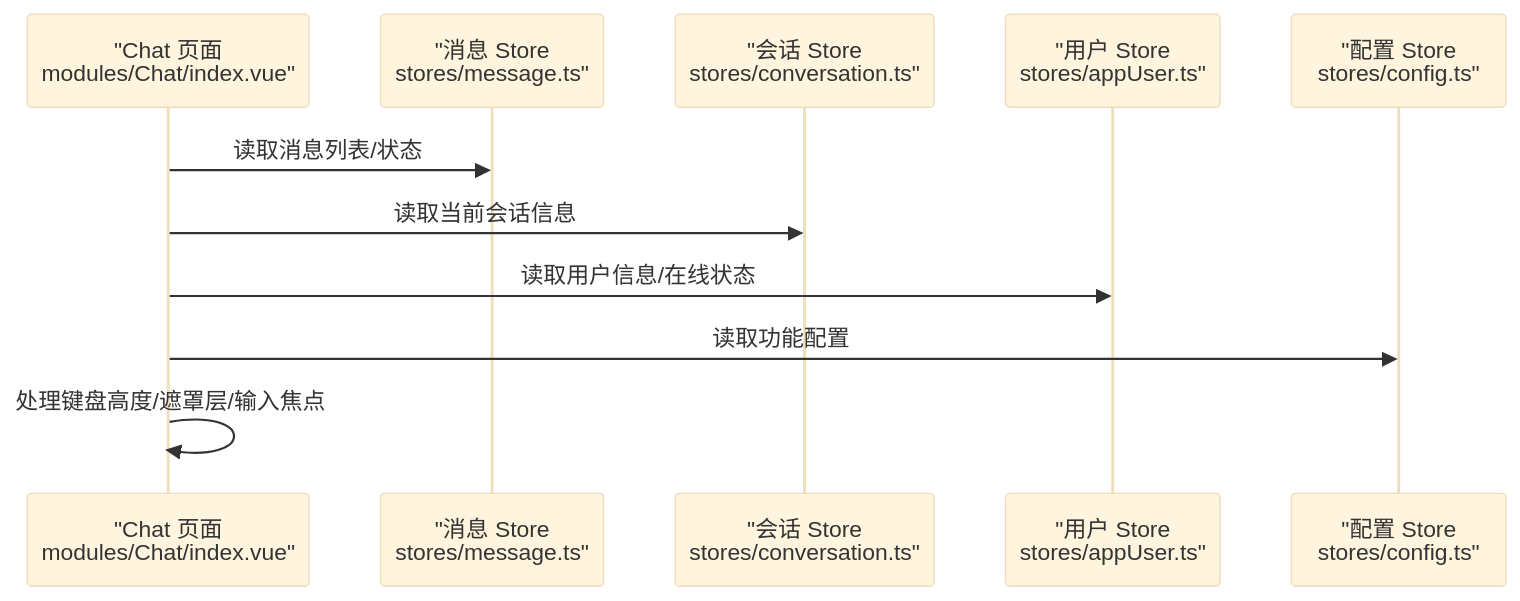
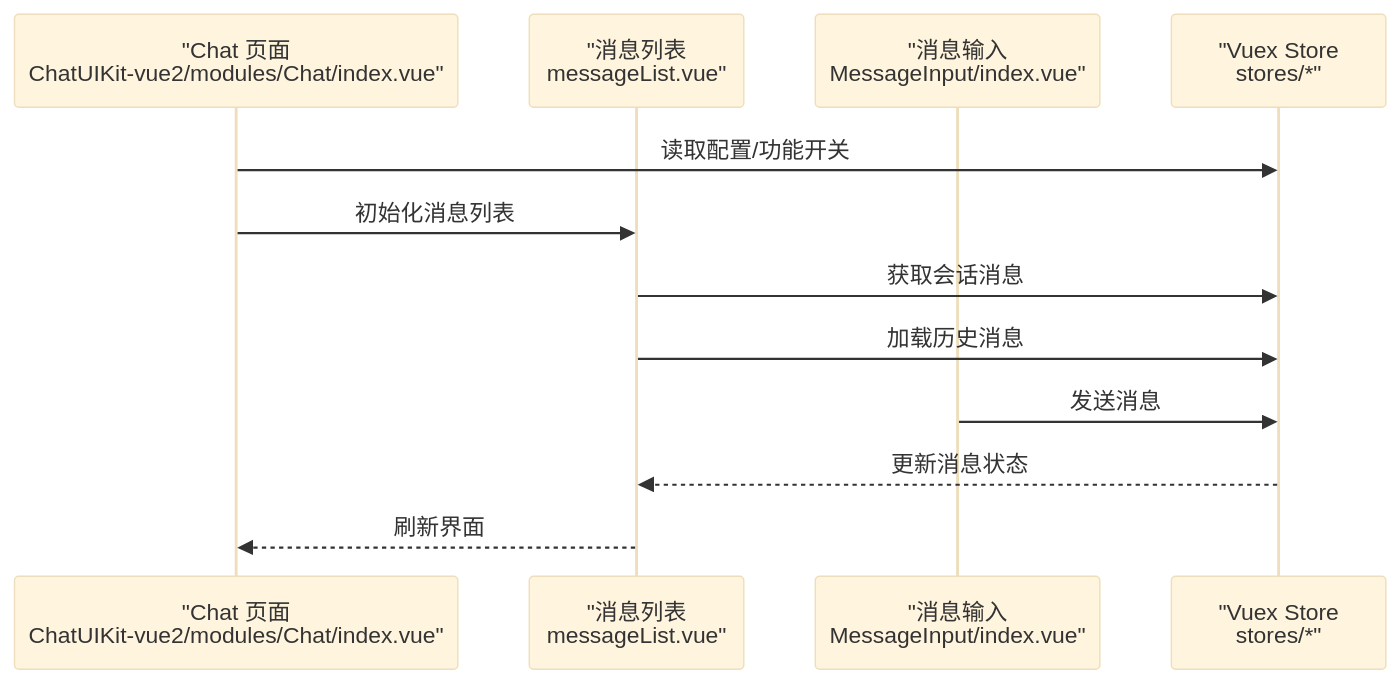
Before and after one commit to Easemob-Community/easemob-uikit-uniapp-community: the fifth of 8 diagrams in .qoder/repowiki/zh/content/核心架构/核心架构.md, drawn with Mermaid (base theme). The commit also changed other lines of this file and 14 other files, not shown here.

First line of the commit message:
docs(vue2): 添加平台兼容性说明，强调仅支持 H5/App/微信小程序

````diff
--- a/.qoder/repowiki/zh/content/核心架构/核心架构.md
+++ b/.qoder/repowiki/zh/content/核心架构/核心架构.md
@@ -266,13 +333,14 @@
 ```mermaid
 sequenceDiagram
-participant Page as "Chat 页面<br/>modules/Chat/index.vue"
-participant MsgStore as "消息 Store<br/>stores/message.ts"
-participant ConvStore as "会话 Store<br/>stores/conversation.ts"
-participant UserStore as "用户 Store<br/>stores/appUser.ts"
-participant CfgStore as "配置 Store<br/>stores/config.ts"
-Page->>MsgStore : 读取消息列表/状态
-Page->>ConvStore : 读取当前会话信息
-Page->>UserStore : 读取用户信息/在线状态
-Page->>CfgStore : 读取功能配置
-Page->>Page : 处理键盘高度/遮罩层/输入焦点
+participant Page as "Chat 页面<br/>ChatUIKit-vue2/modules/Chat/index.vue"
+participant MsgList as "消息列表<br/>messageList.vue"
+participant MsgInput as "消息输入<br/>MessageInput/index.vue"
+participant Store as "Vuex Store<br/>stores/*"
+Page->>Store : 读取配置/功能开关
+Page->>MsgList : 初始化消息列表
+MsgList->>Store : 获取会话消息
+MsgList->>Store : 加载历史消息
+MsgInput->>Store : 发送消息
+Store-->>MsgList : 更新消息状态
+MsgList-->>Page : 刷新界面
 ```
````
